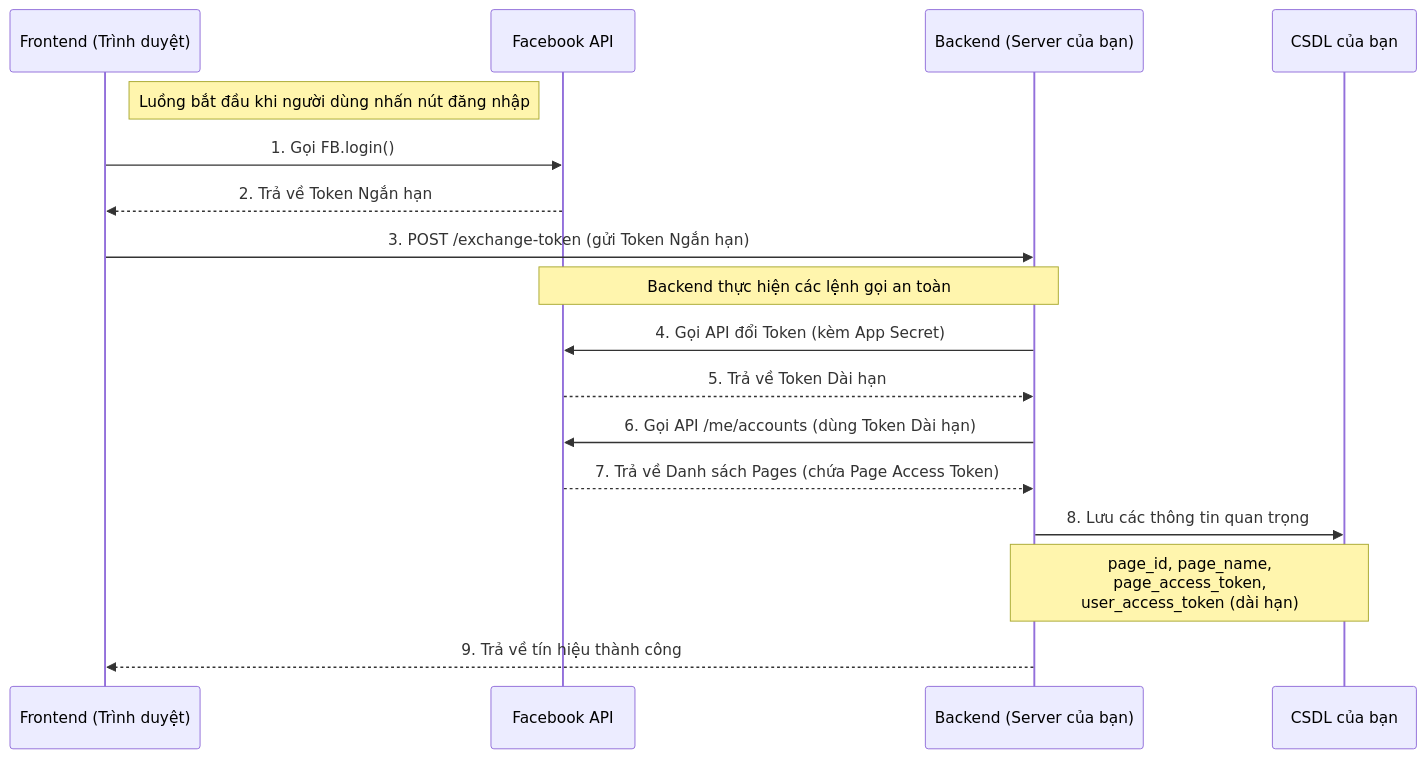
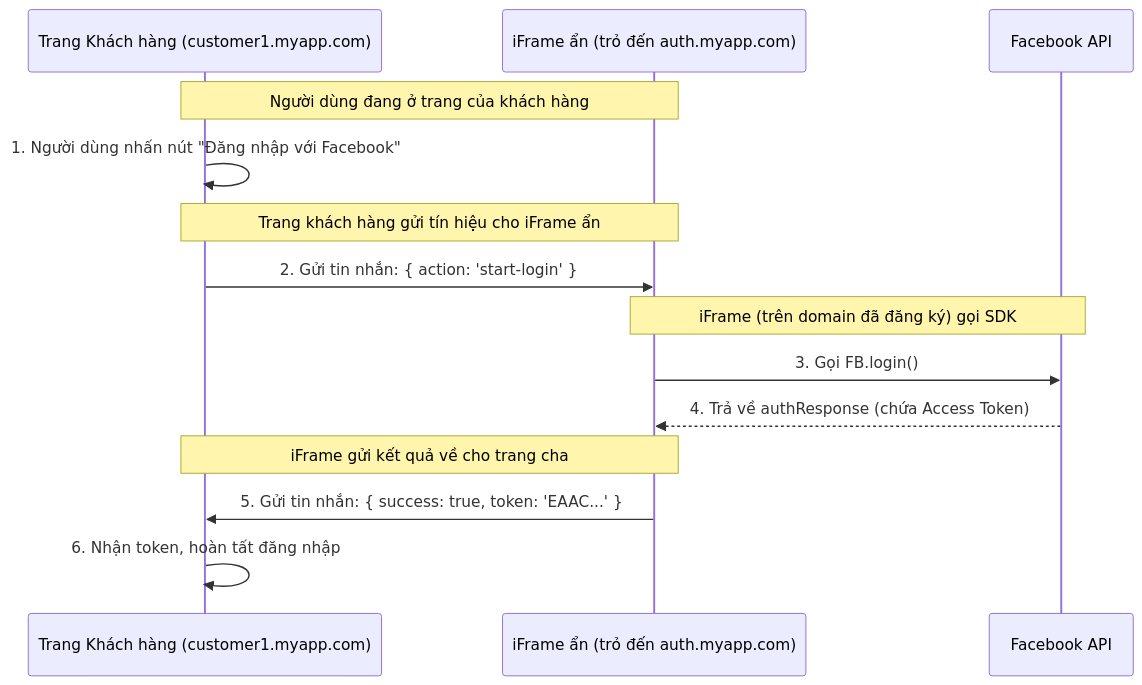
Before and after one commit to tralv1612/tralv1612: the diagram in abc.md, drawn with Mermaid.

````diff
--- a/abc.md
+++ b/abc.md
@@ -1,30 +1,22 @@
 ```mermaid
 sequenceDiagram
-    participant Frontend as Frontend (Trình duyệt)
+    participant Customer as Trang Khách hàng (customer1.myapp.com)
+    participant iFrame as iFrame ẩn (trỏ đến auth.myapp.com)
     participant Facebook as Facebook API
-    participant Backend as Backend (Server của bạn)
-    participant Database as CSDL của bạn
 
-    Note right of Frontend: Luồng bắt đầu khi người dùng nhấn nút đăng nhập
+    Note over Customer, iFrame: Người dùng đang ở trang của khách hàng
 
-    %% --- Giai đoạn 1: Lấy Token Ngắn hạn ---
-    Frontend->>Facebook: 1. Gọi FB.login()
-    Facebook-->>Frontend: 2. Trả về Token Ngắn hạn
+    Customer->>Customer: 1. Người dùng nhấn nút "Đăng nhập với Facebook"
 
-    %% --- Giai đoạn 2: Đổi Token qua Backend ---
-    Frontend->>Backend: 3. POST /exchange-token (gửi Token Ngắn hạn)
-    Note over Backend,Facebook: Backend thực hiện các lệnh gọi an toàn
-    Backend->>Facebook: 4. Gọi API đổi Token (kèm App Secret)
-    Facebook-->>Backend: 5. Trả về Token Dài hạn
+    Note over Customer, iFrame: Trang khách hàng gửi tín hiệu cho iFrame ẩn
+    Customer->>iFrame: 2. Gửi tin nhắn: { action: 'start-login' }
 
-    %% --- Giai đoạn 3: Lấy dữ liệu Trang (Pages) ---
-    Backend->>Facebook: 6. Gọi API /me/accounts (dùng Token Dài hạn)
-    Facebook-->>Backend: 7. Trả về Danh sách Pages (chứa Page Access Token)
+    Note over iFrame, Facebook: iFrame (trên domain đã đăng ký) gọi SDK
+    iFrame->>Facebook: 3. Gọi FB.login()
+    Facebook-->>iFrame: 4. Trả về authResponse (chứa Access Token)
 
-    %% --- Giai đoạn 4: Lưu trữ ---
-    Backend->>Database: 8. Lưu các thông tin quan trọng
-    Note over Backend,Database: page_id, page_name,<br/>page_access_token,<br/>user_access_token (dài hạn)
+    Note over iFrame, Customer: iFrame gửi kết quả về cho trang cha
+    iFrame->>Customer: 5. Gửi tin nhắn: { success: true, token: 'EAAC...' }
 
-    %% --- Giai đoạn 5: Hoàn tất ---
-    Backend-->>Frontend: 9. Trả về tín hiệu thành công
+    Customer->>Customer: 6. Nhận token, hoàn tất đăng nhập
 ```
````
